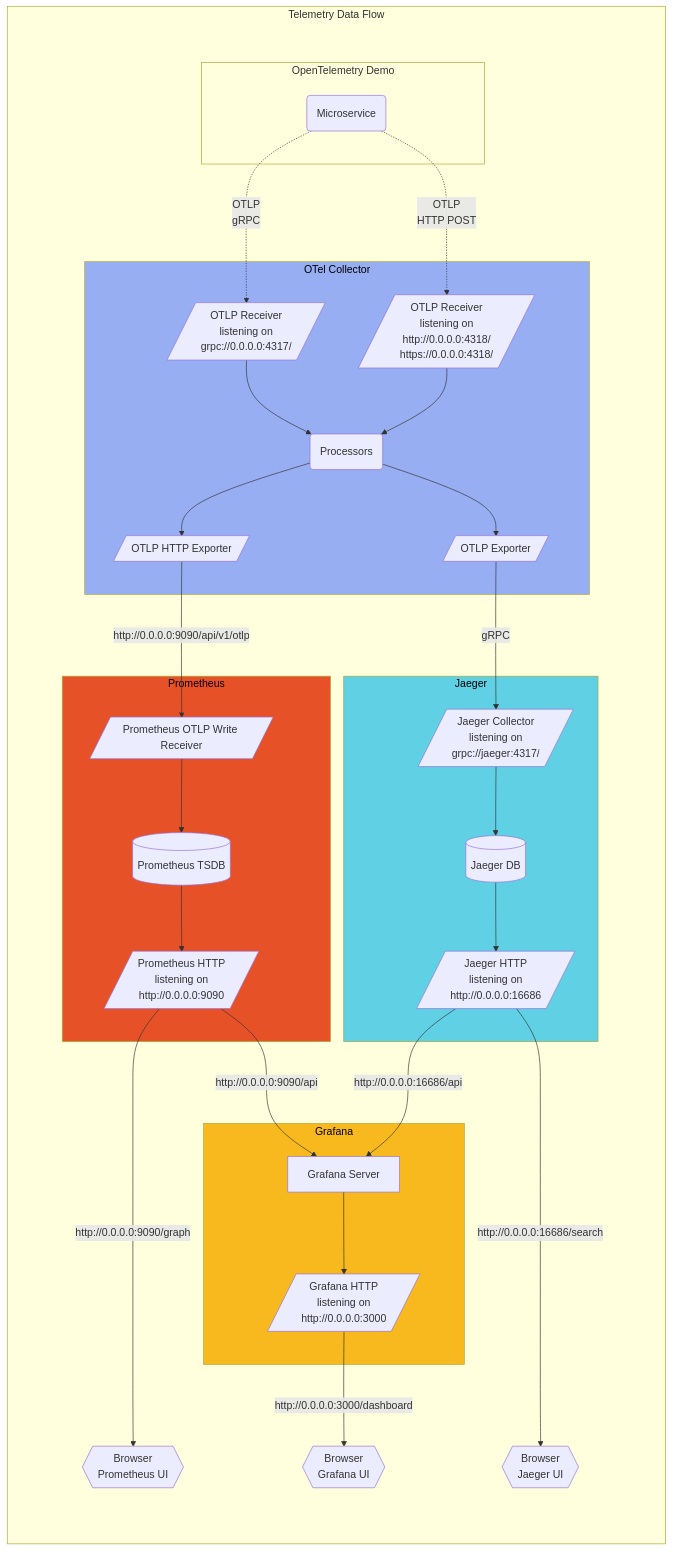
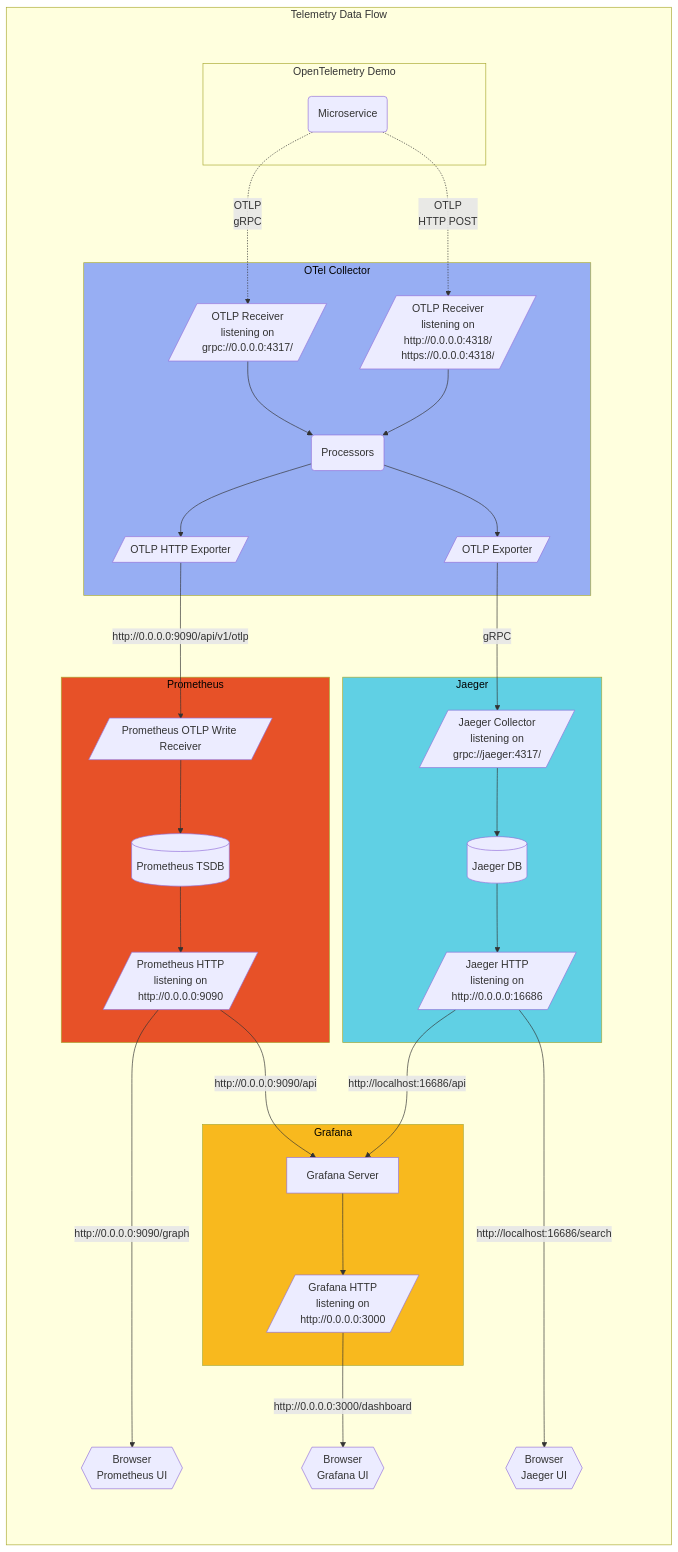
The third of 3 diagrams in content/en/docs/demo/architecture.md (open-telemetry/opentelemetry.io), drawn with Mermaid before and after one commit. The commit also changed 2 other files, not shown here.

Commit message:
Revert examples

````diff
--- a/content/en/docs/demo/architecture.md
+++ b/content/en/docs/demo/architecture.md
@@ -128,73 +128,73 @@
 ```mermaid
 graph TB
 subgraph tdf[Telemetry Data Flow]
     subgraph subgraph_padding [ ]
         style subgraph_padding fill:none,stroke:none;
         %% padding to stop the titles clashing
         subgraph od[OpenTelemetry Demo]
         ms(Microservice)
         end
 
         ms -.->|"OTLP<br/>gRPC"| oc-grpc
         ms -.->|"OTLP<br/>HTTP POST"| oc-http
 
         subgraph oc[OTel Collector]
             style oc fill:#97aef3,color:black;
             oc-grpc[/"OTLP Receiver<br/>listening on<br/>grpc://0.0.0.0:4317/"/]
             oc-http[/"OTLP Receiver<br/>listening on <br/>http://0.0.0.0:4318/<br/>https://0.0.0.0:4318/"/]
             oc-proc(Processors)
             oc-prom[/"OTLP HTTP Exporter"/]
             oc-otlp[/"OTLP Exporter"/]
 
             oc-grpc --> oc-proc
             oc-http --> oc-proc
 
             oc-proc --> oc-prom
             oc-proc --> oc-otlp
         end
 
         oc-prom -->|"http://0.0.0.0:9090/api/v1/otlp"| pr-sc
         oc-otlp -->|gRPC| ja-col
 
         subgraph pr[Prometheus]
             style pr fill:#e75128,color:black;
             pr-sc[/"Prometheus OTLP Write Receiver"/]
             pr-tsdb[(Prometheus TSDB)]
             pr-http[/"Prometheus HTTP<br/>listening on<br/>http://0.0.0.0:9090"/]
 
             pr-sc --> pr-tsdb
             pr-tsdb --> pr-http
         end
 
         pr-b{{"Browser<br/>Prometheus UI"}}
         pr-http ---->|"http://0.0.0.0:9090/graph"| pr-b
 
         subgraph ja[Jaeger]
             style ja fill:#60d0e4,color:black;
             ja-col[/"Jaeger Collector<br/>listening on<br/>grpc://jaeger:4317/"/]
             ja-db[(Jaeger DB)]
             ja-http[/"Jaeger HTTP<br/>listening on<br/>http://0.0.0.0:16686"/]
 
             ja-col --> ja-db
             ja-db --> ja-http
         end
 
         subgraph gr[Grafana]
             style gr fill:#f8b91e,color:black;
             gr-srv["Grafana Server"]
             gr-http[/"Grafana HTTP<br/>listening on<br/>http://0.0.0.0:3000"/]
 
             gr-srv --> gr-http
         end
 
         pr-http --> |"http://0.0.0.0:9090/api"| gr-srv
-        ja-http --> |"http://0.0.0.0:16686/api"| gr-srv
+        ja-http --> |"http://localhost:16686/api"| gr-srv
 
         ja-b{{"Browser<br/>Jaeger UI"}}
-        ja-http ---->|"http://0.0.0.0:16686/search"| ja-b
+        ja-http ---->|"http://localhost:16686/search"| ja-b
 
         gr-b{{"Browser<br/>Grafana UI"}}
         gr-http -->|"http://0.0.0.0:3000/dashboard"| gr-b
     end
 end
 ```
````
